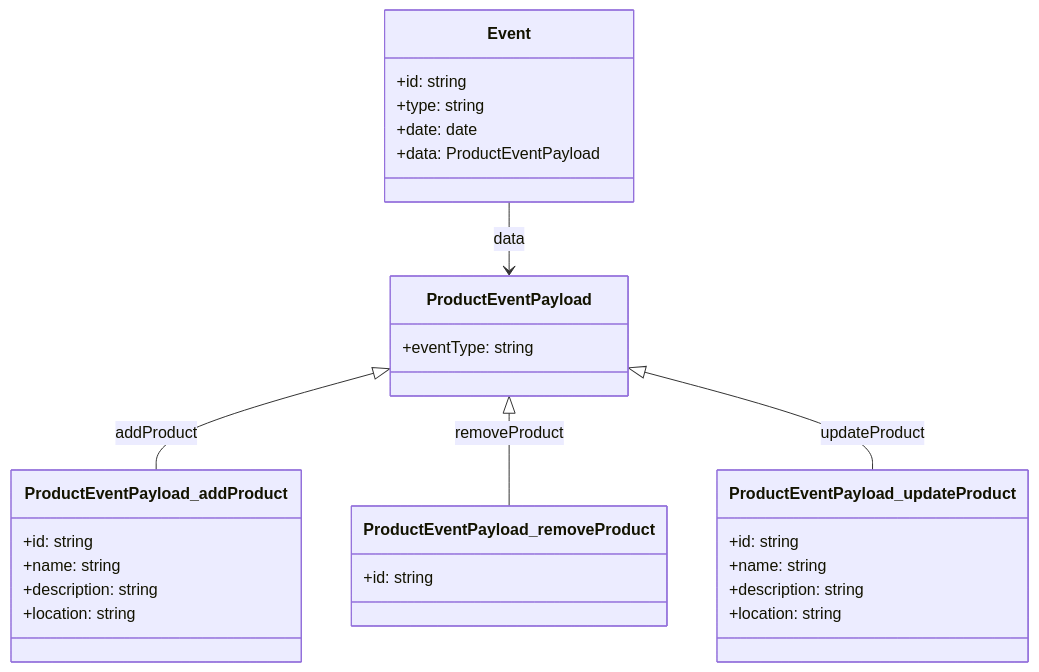
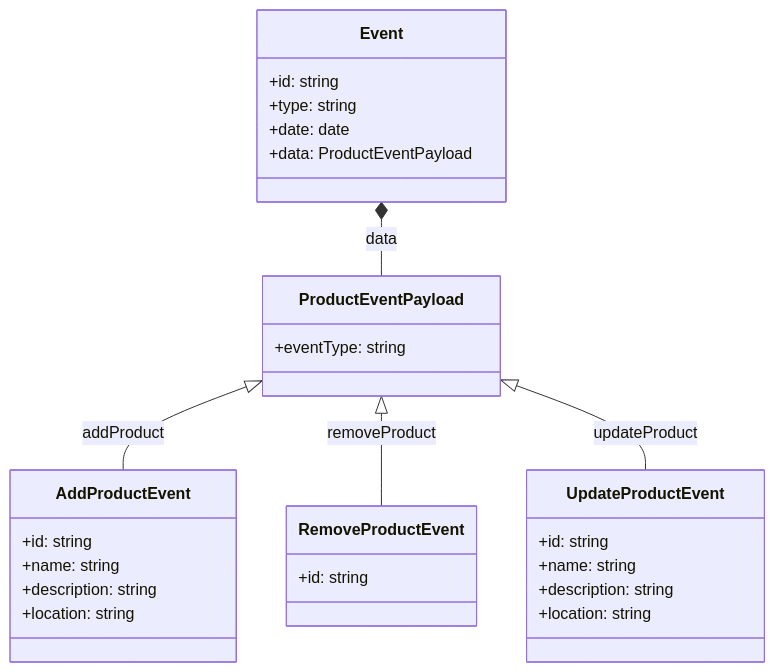
One commit to kothar/zod-mermaid changed the seventh of 10 diagrams in README.md. Above: the diagram before and after it, drawn with Mermaid. The commit also changed other lines of this file and 13 other files, not shown here.

First line of the commit message:
Enhance entity naming in Mermaid diagrams for discriminated unions (#3)

````diff
--- a/README.md
+++ b/README.md
@@ -321,31 +352,31 @@
 ```mermaid
 classDiagram
     class Event {
         +id: string
         +type: string
         +date: date
         +data: ProductEventPayload
     }
     class ProductEventPayload {
         +eventType: string
     }
-    class ProductEventPayload_addProduct {
+    class AddProductEvent {
         +id: string
         +name: string
         +description: string
         +location: string
     }
-    class ProductEventPayload_removeProduct {
+    class RemoveProductEvent {
         +id: string
     }
-    class ProductEventPayload_updateProduct {
+    class UpdateProductEvent {
         +id: string
         +name: string
         +description: string
         +location: string
     }
-    Event --> ProductEventPayload : data
-    ProductEventPayload <|-- ProductEventPayload_addProduct : addProduct
-    ProductEventPayload <|-- ProductEventPayload_removeProduct : removeProduct
-    ProductEventPayload <|-- ProductEventPayload_updateProduct : updateProduct
+    Event *-- ProductEventPayload : data
+    ProductEventPayload <|-- AddProductEvent : addProduct
+    ProductEventPayload <|-- RemoveProductEvent : removeProduct
+    ProductEventPayload <|-- UpdateProductEvent : updateProduct
 ```
````
